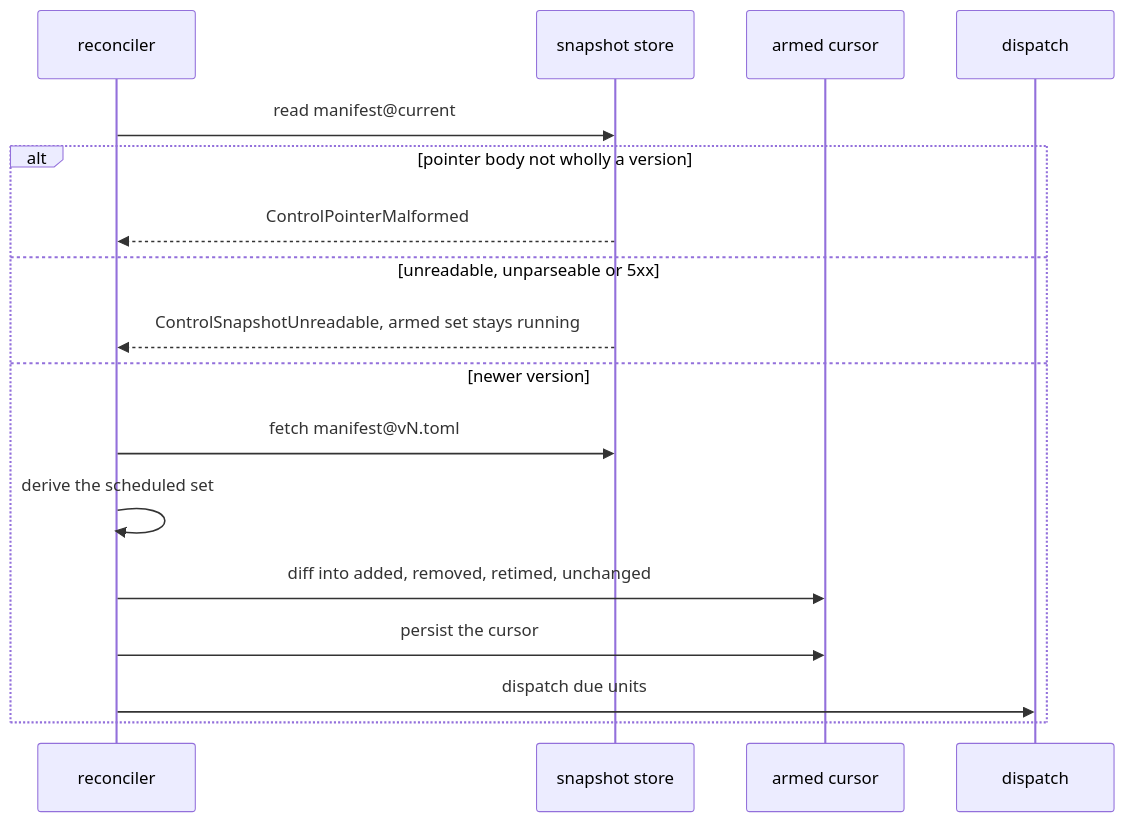
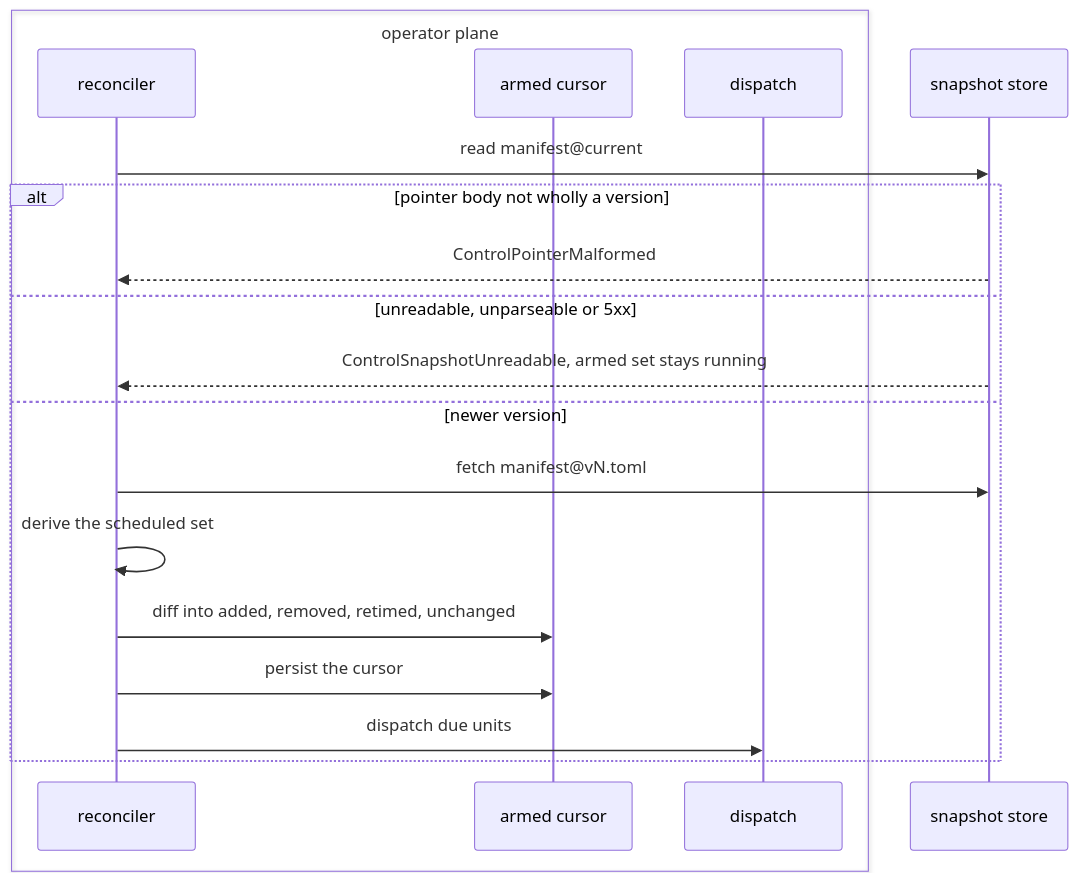
The third of 5 diagrams in spec/70-control-plane.md (fractalboxdev/contextful), drawn with Mermaid before and after one commit. The commit also changed other lines of this file and 33 other files, not shown here.

Commit message:
spec: diagrams draw contracts, parties and trust zones as containers; a node standing for one is refused

````diff
--- a/spec/70-control-plane.md
+++ b/spec/70-control-plane.md
@@ -81,19 +98,21 @@
 ```mermaid
 sequenceDiagram
-  participant R as reconciler
+  box operator plane
+    participant R as reconciler
+    participant C as armed cursor
+    participant D as dispatch
+  end
   participant S as snapshot store
-  participant C as armed cursor
-  participant D as dispatch
   R->>S: read manifest@current
   alt pointer body not wholly a version
     S-->>R: ControlPointerMalformed
   else unreadable, unparseable or 5xx
     S-->>R: ControlSnapshotUnreadable, armed set stays running
   else newer version
     R->>S: fetch manifest@vN.toml
     R->>R: derive the scheduled set
     R->>C: diff into added, removed, retimed, unchanged
     R->>C: persist the cursor
     R->>D: dispatch due units
   end
 ```
````
